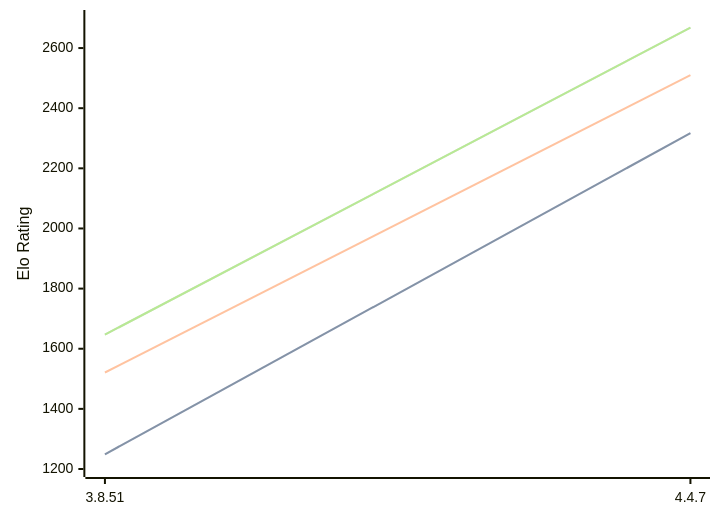
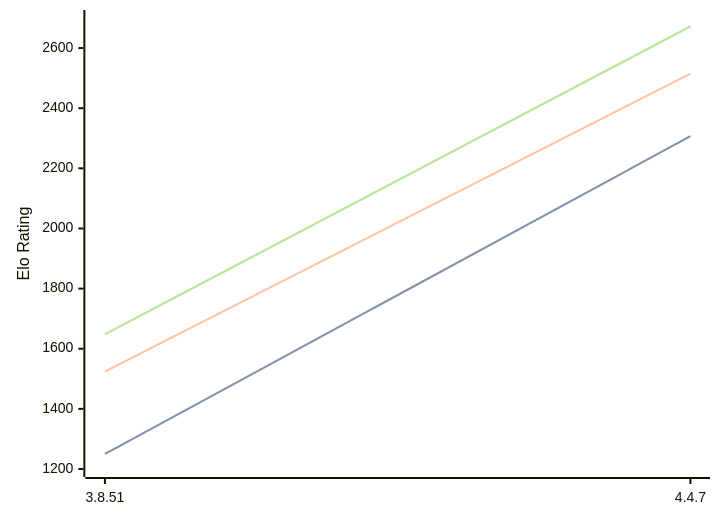
One commit to computer-chess-index/cci changed the diagram in engines/Scoria.md. Above: the diagram before and after it, drawn with Mermaid. The commit also changed other lines of this file, not shown here.

Commit message:
Update CCI Ratings (ELO VLTC) - 2026-08-22

````diff
--- a/engines/Scoria.md
+++ b/engines/Scoria.md
@@ -32,11 +32,11 @@
 ```mermaid
 %%{init: {"theme":"base","themeVariables":{"seriesColors:['#a3a3a3','#222221','#faa371']}}}%%
 xychart-beta
   x-axis ["3.8.51", "4.4.7"]
   y-axis "Elo Rating" 1200 --> 2700
-  line "STC (8.0+0.08s)" [1249, 2317]
-  line "STC (8.0+0.08s)" [1249, 2317]
-  line "LTC (60.0+0.60s)" [1521, 2510]
-  line "VLTC (2m24s+1.12s)" [1647, 2668]
-  line "VLTC (2m24s+1.12s)" [1647, 2668]
+  line "STC (8.0+0.08s)" [1250, 2307]
+  line "STC (8.0+0.08s)" [1250, 2307]
+  line "LTC (60.0+0.60s)" [1524, 2515]
+  line "VLTC (2m24s+1.12s)" [1648, 2672]
+  line "VLTC (2m24s+1.12s)" [1648, 2672]
 ```
````
